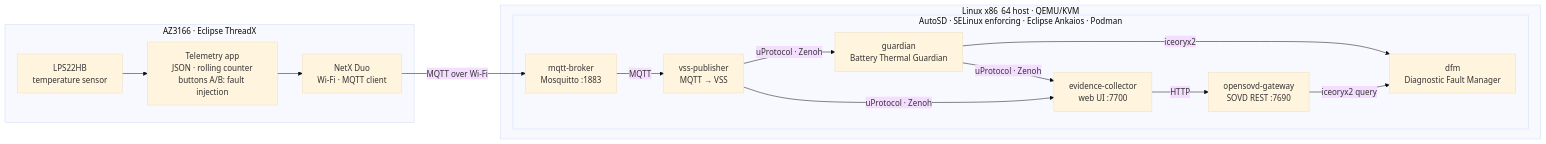
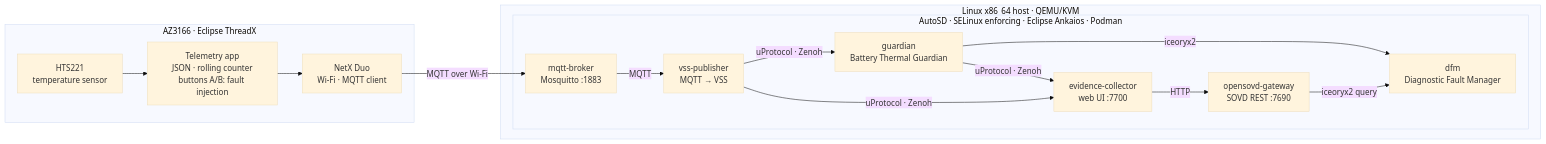
One commit to Eclipse-SDV-Hackathon-Chapter-Four/FEVengers_Hackathon_2026 changed the diagram in README.md. Above: the diagram before and after it, drawn with Mermaid (base theme). The commit also changed other lines of this file and 1 other file, not shown here.

````diff
--- a/README.md
+++ b/README.md
@@ -69,19 +69,19 @@
 ```mermaid
 flowchart LR
   subgraph EDGE["AZ3166 · Eclipse ThreadX"]
-    S[LPS22HB<br/>temperature sensor] --> T[Telemetry app<br/>JSON · rolling counter<br/>buttons A/B: fault injection]
+    S[HTS221<br/>temperature sensor] --> T[Telemetry app<br/>JSON · rolling counter<br/>buttons A/B: fault injection]
     T --> N[NetX Duo<br/>Wi-Fi · MQTT client]
   end
   subgraph HOST["Linux x86_64 host · QEMU/KVM"]
     subgraph AUTOSD["AutoSD · SELinux enforcing · Eclipse Ankaios · Podman"]
       MB[mqtt-broker<br/>Mosquitto :1883] -->|MQTT| VP[vss-publisher<br/>MQTT → VSS]
       VP -->|uProtocol · Zenoh| G[guardian<br/>Battery Thermal Guardian]
       G -->|iceoryx2| DFM[dfm<br/>Diagnostic Fault Manager]
       GW[opensovd-gateway<br/>SOVD REST :7690] -->|iceoryx2 query| DFM
       VP -->|uProtocol · Zenoh| EC[evidence-collector<br/>web UI :7700]
       G -->|uProtocol · Zenoh| EC
       EC -->|HTTP| GW
     end
   end
   N -->|MQTT over Wi-Fi| MB
 ```
````
